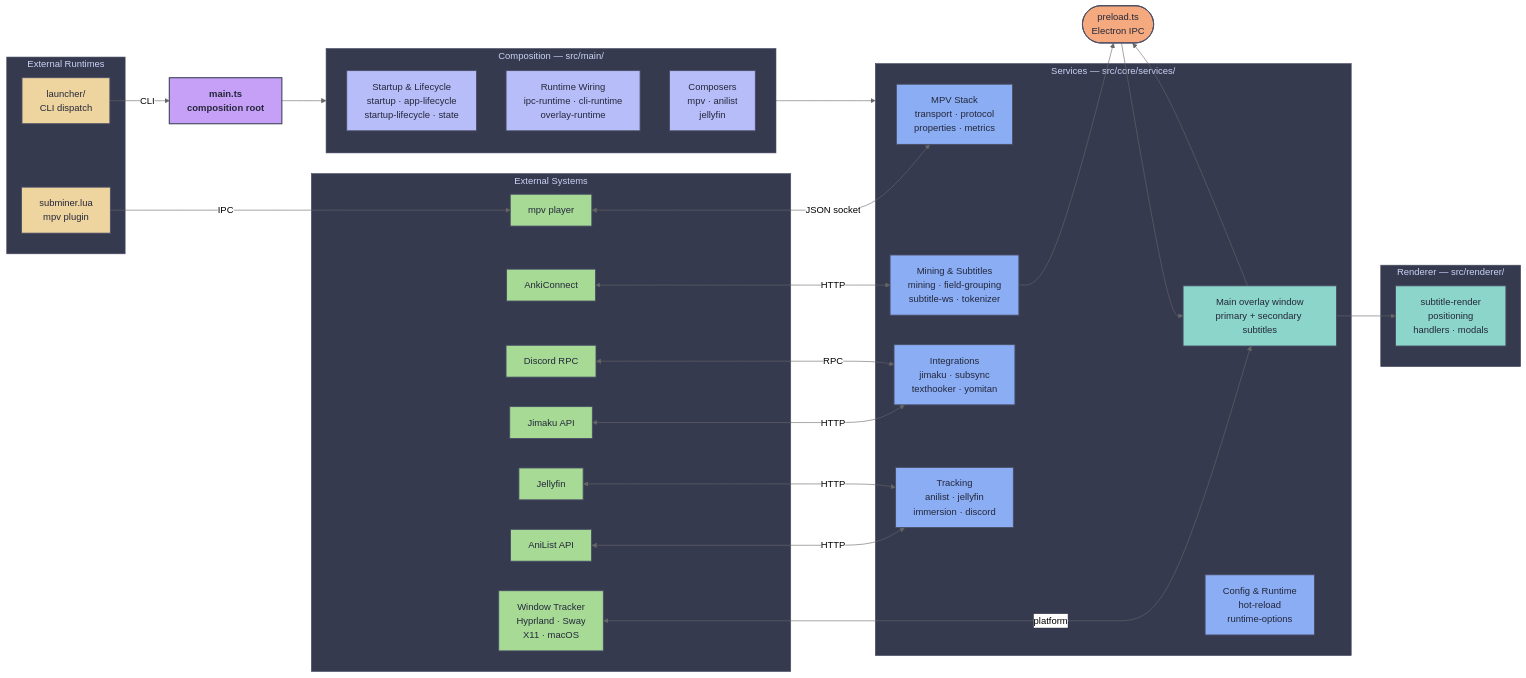
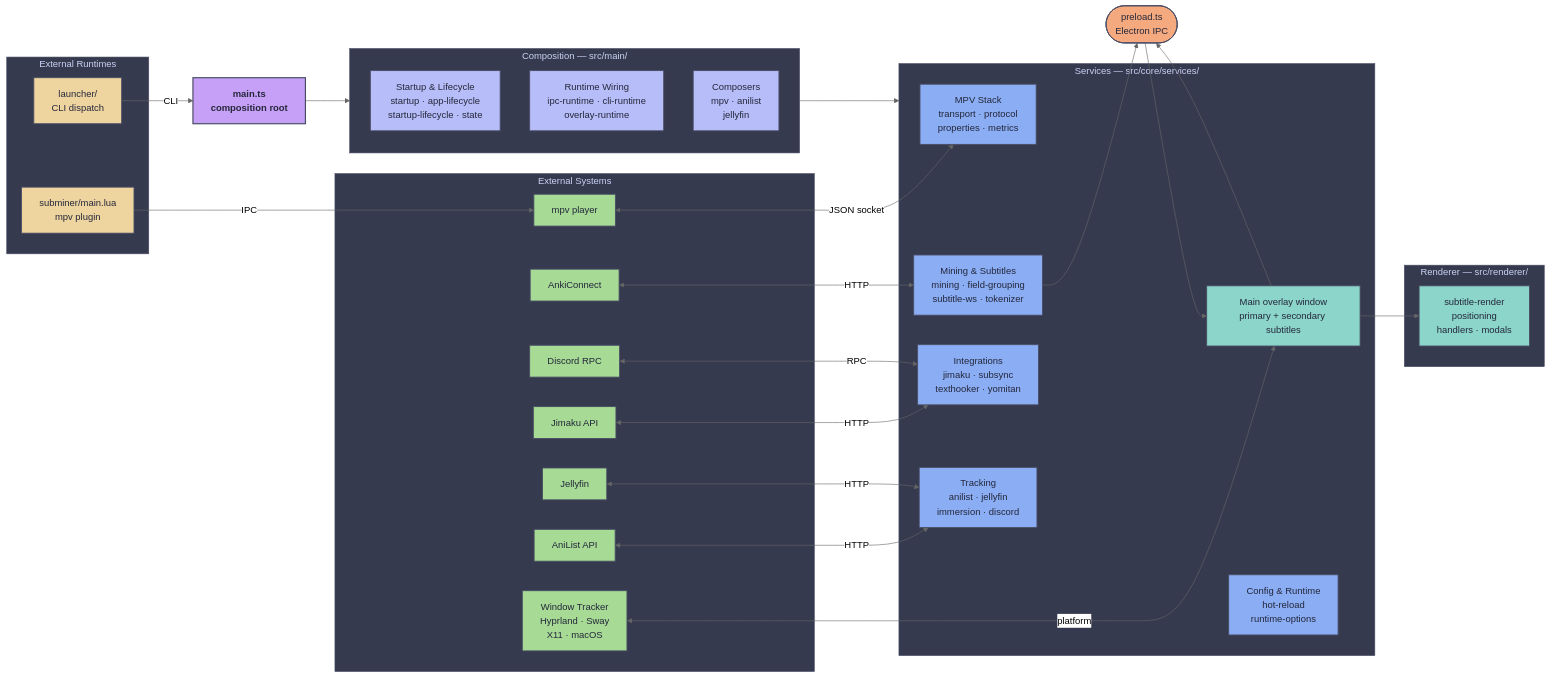
Before and after one commit to ksyasuda/SubMiner: the first of 2 diagrams in docs/architecture.md, drawn with Mermaid (neutral theme). The commit also changed other lines of this file and 19 other files, not shown here.

Commit message:
refactor(plugin): split mpv plugin into modules and trim startup overhead

````diff
--- a/docs/architecture.md
+++ b/docs/architecture.md
@@ -129,73 +129,73 @@
 ```mermaid
 flowchart LR
   classDef entry fill:#c6a0f6,stroke:#494d64,color:#24273a,stroke-width:2px,font-weight:bold
   classDef comp fill:#b7bdf8,stroke:#494d64,color:#24273a,stroke-width:1.5px
   classDef svc fill:#8aadf4,stroke:#494d64,color:#24273a,stroke-width:1.5px
   classDef bridge fill:#f5a97f,stroke:#494d64,color:#24273a,stroke-width:1.5px
   classDef rend fill:#8bd5ca,stroke:#494d64,color:#24273a,stroke-width:1.5px
   classDef ext fill:#a6da95,stroke:#494d64,color:#24273a,stroke-width:1.5px
   classDef extrt fill:#eed49f,stroke:#494d64,color:#24273a,stroke-width:1.5px
 
   subgraph ExtRt["External Runtimes"]
     Launcher["launcher/<br/>CLI dispatch"]:::extrt
-    Plugin["subminer.lua<br/>mpv plugin"]:::extrt
+    Plugin["subminer/main.lua<br/>mpv plugin"]:::extrt
   end
 
   subgraph Ext["External Systems"]
     mpvExt["mpv player"]:::ext
     AnkiExt["AnkiConnect"]:::ext
     JimakuExt["Jimaku API"]:::ext
     TrackerExt["Window Tracker<br/>Hyprland · Sway<br/>X11 · macOS"]:::ext
     AnilistExt["AniList API"]:::ext
     JellyfinExt["Jellyfin"]:::ext
     DiscordExt["Discord RPC"]:::ext
   end
 
   Main["main.ts<br/>composition root"]:::entry
 
   subgraph Comp["Composition — src/main/"]
     Startup["Startup & Lifecycle<br/>startup · app-lifecycle<br/>startup-lifecycle · state"]:::comp
     Wiring["Runtime Wiring<br/>ipc-runtime · cli-runtime<br/>overlay-runtime"]:::comp
     Composers["Composers<br/>mpv · anilist<br/>jellyfin"]:::comp
   end
 
   subgraph Svc["Services — src/core/services/"]
     Mpv["MPV Stack<br/>transport · protocol<br/>properties · metrics"]:::svc
     Overlay["Overlay Manager<br/>window · visibility · bridge"]:::svc
     Mining["Mining & Subtitles<br/>mining · field-grouping<br/>subtitle-ws · tokenizer"]:::svc
     Integrations["Integrations<br/>jimaku · subsync<br/>texthooker · yomitan"]:::svc
     Tracking["Tracking<br/>anilist · jellyfin<br/>immersion · discord"]:::svc
     Config["Config & Runtime<br/>hot-reload<br/>runtime-options"]:::svc
   end
 
   Bridge(["preload.ts<br/>Electron IPC"]):::bridge
 
   subgraph Rend["Renderer — src/renderer/"]
     Overlay["Main overlay window<br/>primary + secondary subtitles"]:::rend
     UI["subtitle-render<br/>positioning<br/>handlers · modals"]:::rend
   end
 
   Launcher -->|"CLI"| Main
   Plugin -->|"IPC"| mpvExt
 
   Main --> Comp
   Comp --> Svc
 
   mpvExt <-->|"JSON socket"| Mpv
   AnkiExt <-->|"HTTP"| Mining
   JimakuExt <-->|"HTTP"| Integrations
   TrackerExt <-->|"platform"| Overlay
   AnilistExt <-->|"HTTP"| Tracking
   JellyfinExt <-->|"HTTP"| Tracking
   DiscordExt <-->|"RPC"| Integrations
 
   Overlay & Mining --> Bridge
   Bridge --> Overlay
   Overlay --> UI
 
   style Comp fill:#363a4f,stroke:#494d64,color:#cad3f5
   style Svc fill:#363a4f,stroke:#494d64,color:#cad3f5
   style Rend fill:#363a4f,stroke:#494d64,color:#cad3f5
   style Ext fill:#363a4f,stroke:#494d64,color:#cad3f5
   style ExtRt fill:#363a4f,stroke:#494d64,color:#cad3f5
 ```
````
